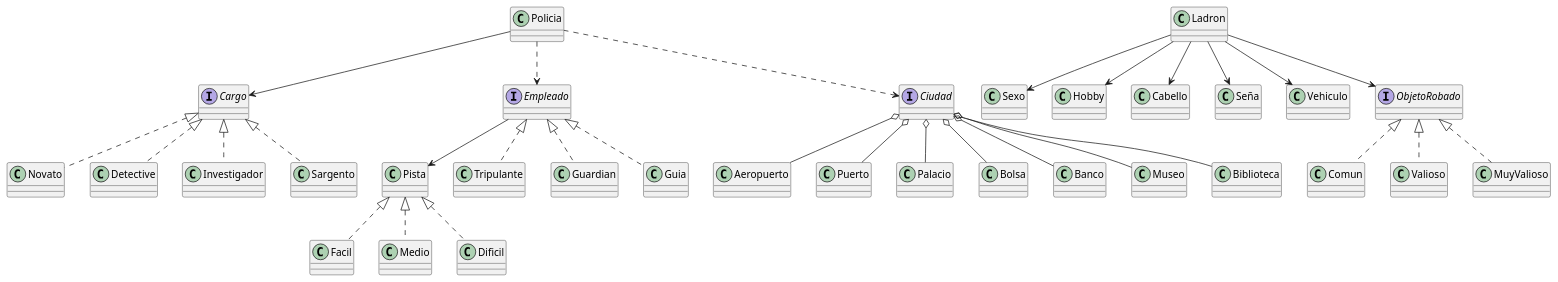
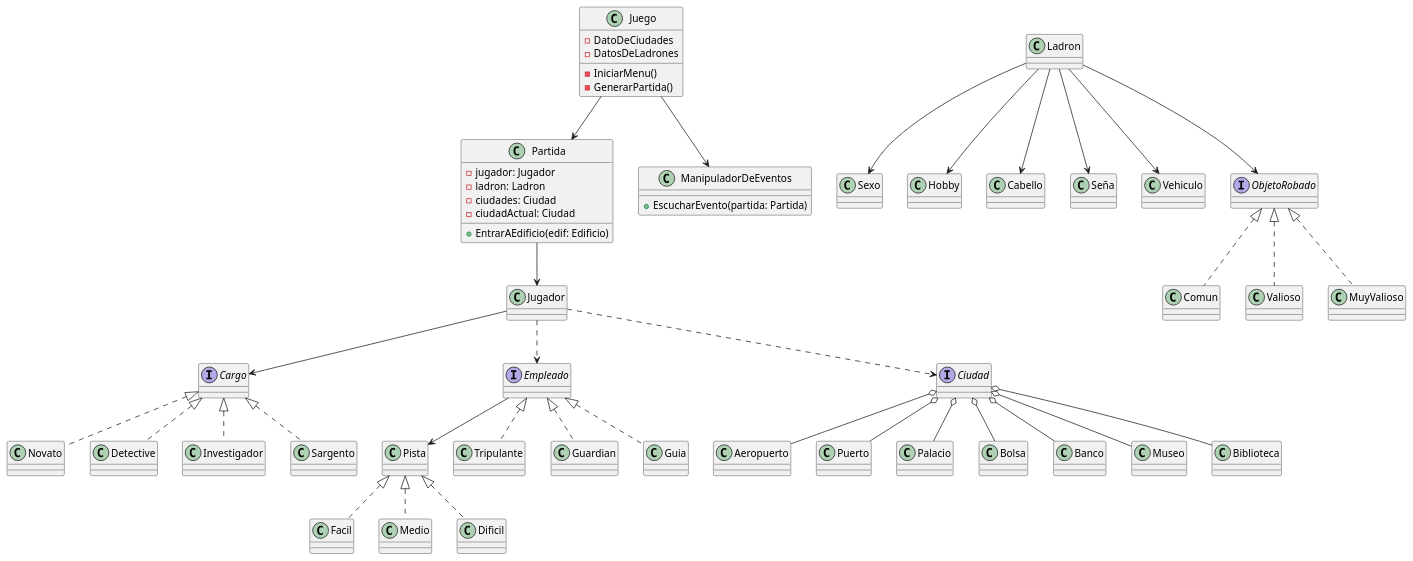
Before and after one commit to arilow/Algo3_TP2: the diagram in diagrams/classes/AlgoThief_Diagrama_Clase_UML.puml, drawn with PlantUML. The commit also changed 1 other file, not shown here.

Commit message:
Se agrega diagrama de secuencia: Detective visita banco por primera vez. Diagrama de clases en progreso

```diff
--- a/diagrams/classes/AlgoThief_Diagrama_Clase_UML.puml
+++ b/diagrams/classes/AlgoThief_Diagrama_Clase_UML.puml
@@ -1,80 +1,107 @@
 @startuml algoThief
-class Policia{}
+class Juego {
+- DatoDeCiudades
+- DatosDeLadrones
+
+- IniciarMenu()
+- GenerarPartida()
+
+}
+
+class Partida {
+- jugador: Jugador
+- ladron: Ladron
+- ciudades: Ciudad
+- ciudadActual: Ciudad
+
++ EntrarAEdificio(edif: Edificio)
+}
+
+
+class ManipuladorDeEventos {
++ EscucharEvento(partida: Partida)
+}
+
 interface Pista{}
 
 class Facil{}
 class Medio{}
 class Dificil{}
 
 
 interface Cargo{}
 class Novato{}
 class Detective{}
 class Investigador{}
 class Sargento{}
 
 
 interface Empleado{}
 class Tripulante{}
 class Guardian{}
 class Guia{}
 interface Ciudad{
 }
 
 class Pista{
 }
 
 class Aeropuerto{}
 class Puerto{}
 class Palacio{}
 class Bolsa{}
 class Banco{}
 class Museo{}
 
-Policia --> Cargo
+Jugador --> Cargo
 class Novato implements Cargo
 class Detective implements Cargo
 class Investigador implements Cargo
 class Sargento  implements Cargo
 
 class Tripulante implements Empleado
 class Guardian implements Empleado
 class Guia implements Empleado
 
 Ciudad o-- Aeropuerto
 Ciudad o-- Puerto
 Ciudad o-- Biblioteca
 Ciudad o-- Palacio
 Ciudad o-- Bolsa
 Ciudad o-- Banco
 Ciudad o-- Museo
 
 
 class Ladron{}
 class Sexo{}
 
 
 Ladron --> Sexo
 Ladron --> Hobby
 Ladron --> Cabello
 Ladron --> Seña
 Ladron --> Vehiculo
 
 interface ObjetoRobado{}
 class Comun{}
 class Valioso{}
 class MuyValioso{}
 class Comun implements ObjetoRobado
 class Valioso implements ObjetoRobado
 class MuyValioso implements ObjetoRobado
 
 class Medio implements Pista
 class Facil implements Pista
 class Dificil implements Pista
 
+Juego --> Partida
+Juego --> ManipuladorDeEventos
+
+Partida --> Jugador
+
 Empleado-->Pista
-Policia ..>Ciudad
-Policia ..>Empleado
+Jugador ..>Ciudad
+Jugador ..>Empleado
 Ladron --> ObjetoRobado
 
 @enduml
```
